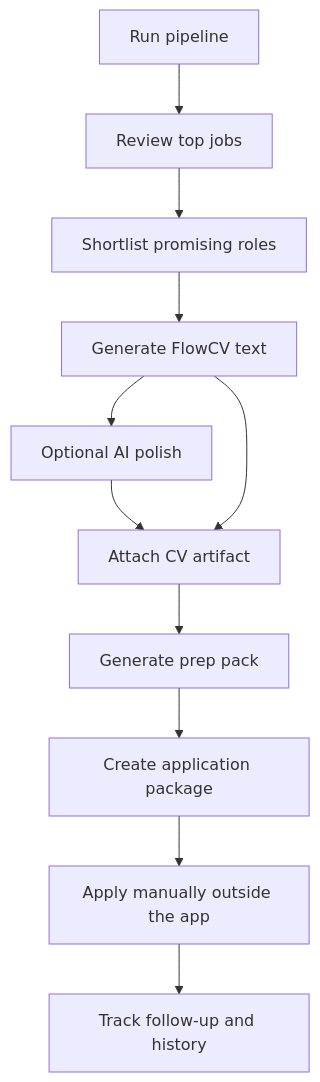
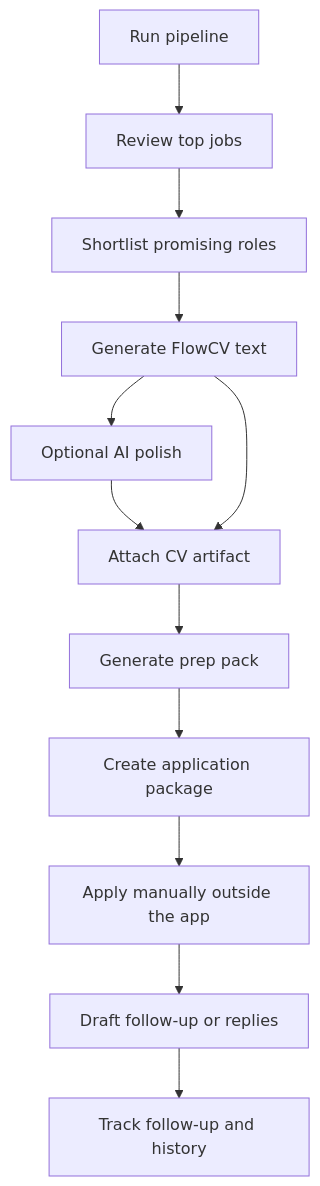
One commit to de-himanshu19/AI_JOB_HUNT_PLATFORM changed the second of 2 diagrams in README.md. Above: the diagram before and after it, drawn with Mermaid. The commit also changed other lines of this file and 11 other files, not shown here.

````diff
--- a/README.md
+++ b/README.md
@@ -57,13 +58,14 @@
 ```mermaid
 flowchart TD
     Pipeline["Run pipeline"] --> Review["Review top jobs"]
     Review --> Shortlist["Shortlist promising roles"]
     Shortlist --> Generate["Generate FlowCV text"]
     Generate --> Polish["Optional AI polish"]
     Polish --> Attach["Attach CV artifact"]
     Generate --> Attach
     Attach --> Prep["Generate prep pack"]
     Prep --> Package["Create application package"]
     Package --> Apply["Apply manually outside the app"]
-    Apply --> FollowUp["Track follow-up and history"]
+    Apply --> Comms["Draft follow-up or replies"]
+    Comms --> FollowUp["Track follow-up and history"]
 ```
````
